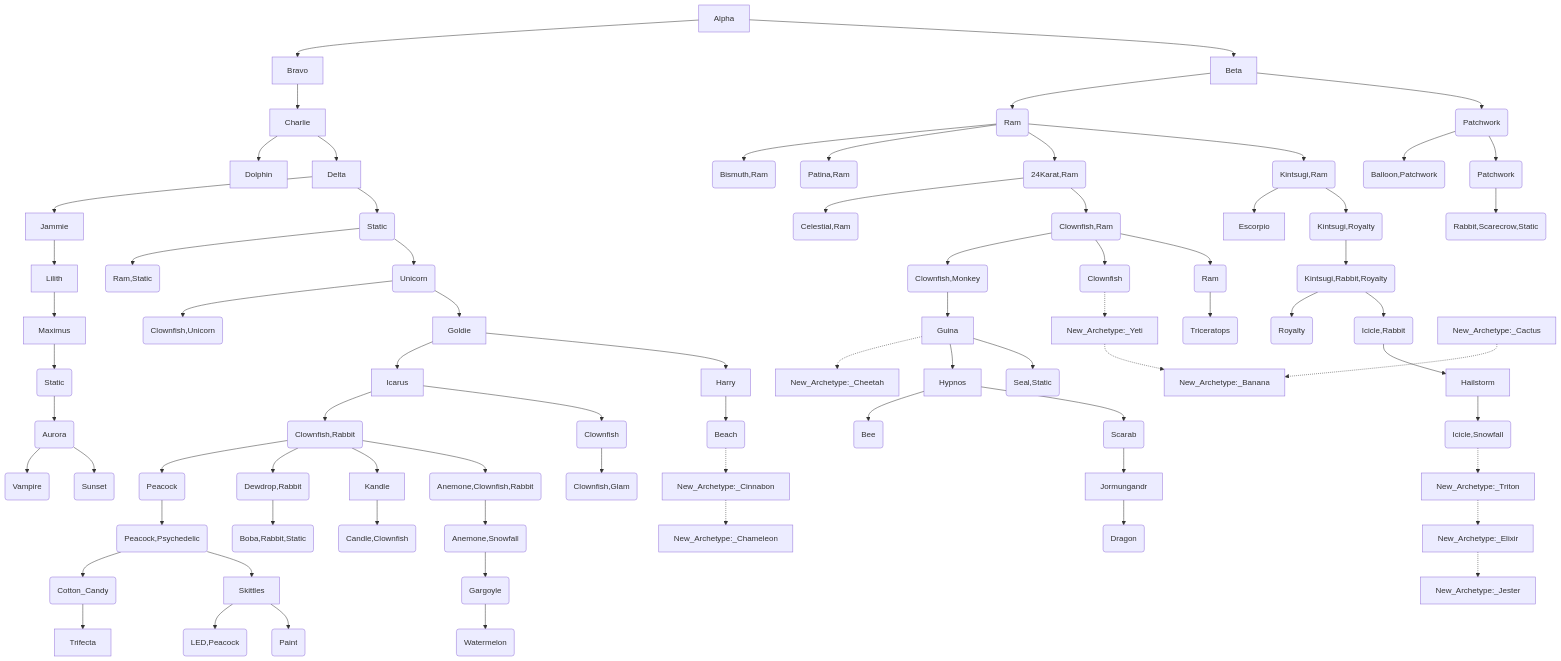
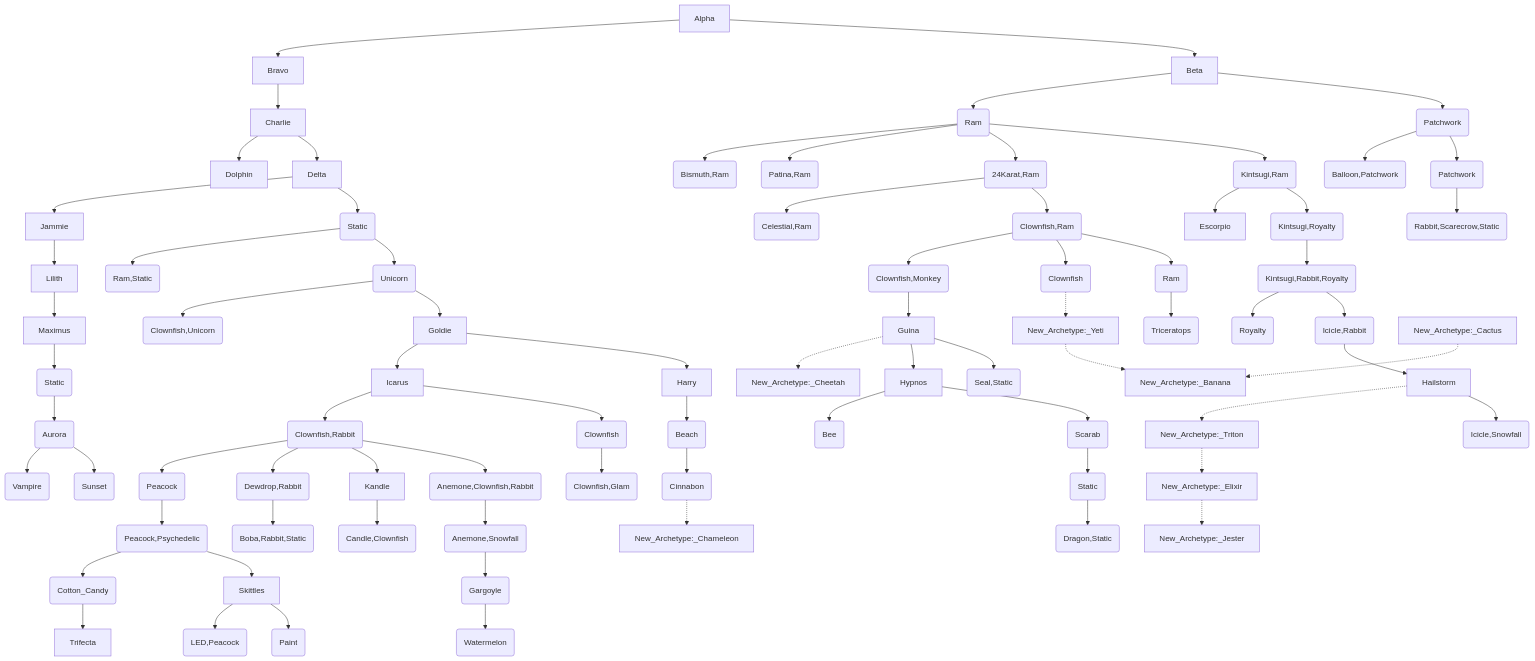
The diagram in Peridot-ArchetypeTreeMST.md (g1ddy/PeridotArchetypeFinder), drawn with Mermaid before and after one commit. The commit also changed 5 other files, not shown here.

Commit message:
add cinnabon AT, fix dragon static

````diff
--- a/Peridot-ArchetypeTreeMST.md
+++ b/Peridot-ArchetypeTreeMST.md
@@ -3,80 +3,80 @@
 ```mermaid
 flowchart
 
 Alpha --> Beta
 Alpha --> Bravo
 Beta --> Canary(Patchwork)
 Beta --> Chevron(Ram)
 Bravo --> Charlie
 Canary(Patchwork) --> Dill-Hulk(Patchwork)
 Canary(Patchwork) --> Draco(Balloon,Patchwork)
 Charlie --> Delta
 Charlie --> Dolphin
 Chevron(Ram) --> Damascus(Kintsugi,Ram)
 Chevron(Ram) --> Dorado(24Karat,Ram)
 Chevron(Ram) --> Duranium(Patina,Ram)
 Chevron(Ram) --> Echelon(Bismuth,Ram)
 Damascus(Kintsugi,Ram) --> Enrichment(Kintsugi,Royalty)
 Damascus(Kintsugi,Ram) --> Escorpio
 Delta --> Echo(Static)
 Delta --> Jammie
 Dill-Hulk(Patchwork) --> Escrow(Rabbit,Scarecrow,Static)
 Dorado(24Karat,Ram) --> Entropy(Clownfish,Ram)
 Dorado(24Karat,Ram) --> Ether(Celestial,Ram)
 Echo(Static) --> Foxtrot(Unicorn)
 Echo(Static) --> Frosty(Ram,Static)
 Enrichment(Kintsugi,Royalty) --> Fable(Kintsugi,Rabbit,Royalty)
 Entropy(Clownfish,Ram) --> Farceratops(Ram)
 Entropy(Clownfish,Ram) --> Fishline(Clownfish)
 Entropy(Clownfish,Ram) --> Floofish(Clownfish,Monkey)
 Fable(Kintsugi,Rabbit,Royalty) --> Glacier(Icicle,Rabbit)
 Fable(Kintsugi,Rabbit,Royalty) --> Goldilocks(Royalty)
 Farceratops(Ram) --> Grazerface(Triceratops)
 Fishline(Clownfish) -.-> New_Archetype:_Yeti
 Floofish(Clownfish,Monkey) --> Guina
 Foxtrot(Unicorn) --> Goldie
 Foxtrot(Unicorn) --> Goral(Clownfish,Unicorn)
 Glacier(Icicle,Rabbit) --> Hailstorm
 Goldie --> Harry
 Goldie --> Icarus
 Guina --> Hammerhead(Seal,Static)
 Guina --> Hypnos
 Guina -.-> New_Archetype:_Cheetah
 Hailstorm --> Iceberg(Icicle,Snowfall)
-Iceberg -.-> New_Archetype:_Triton
+Hailstorm -.-> New_Archetype:_Triton
 Harry --> Isla(Beach)
 Hypnos --> Imhotep(Scarab)
 Hypnos --> Instar(Bee)
 Icarus --> Jax(Clownfish)
 Icarus --> Jewelfish(Clownfish,Rabbit)
-Imhotep(Scarab) --> Jormungandr
-Isla(Beach) -.-> New_Archetype:_Cinnabon
+Imhotep(Scarab) --> Jormungandr(Static)
+Isla(Beach) --> Jubilee(Cinnabon)
 Jammie --> Lilith
 Jax(Clownfish) --> Kalypso(Clownfish,Glam)
 Jewelfish(Clownfish,Rabbit) --> Kaleidoscope(Anemone,Clownfish,Rabbit)
 Jewelfish(Clownfish,Rabbit) --> Kandle
 Jewelfish(Clownfish,Rabbit) --> Krypto(Dewdrop,Rabbit)
 Jewelfish(Clownfish,Rabbit) --> Queezy(Peacock)
-Jormungandr --> Kira(Dragon)
+Jormungandr(Static) --> Kira(Dragon,Static)
+Jubilee(Cinnabon) -.-> New_Archetype:_Chameleon
 Kaleidoscope(Anemone,Clownfish,Rabbit) --> Mastodon(Anemone,Snowfall)
 Kandle --> Lampent(Candle,Clownfish)
 Krypto(Dewdrop,Rabbit) --> Lychee(Boba,Rabbit,Static)
 Lilith --> Maximus
 Mastodon(Anemone,Snowfall) --> Night_Snow(Gargoyle)
 Maximus --> Noise(Static)
 New_Archetype:_Cactus -.-> New_Archetype:_Banana
 New_Archetype:_Elixir -.-> New_Archetype:_Jester
 New_Archetype:_Triton -.-> New_Archetype:_Elixir
-New_Archetype:_Cinnabon -.-> New_Archetype:_Chameleon
 New_Archetype:_Yeti -.-> New_Archetype:_Banana
 Night_Snow(Gargoyle) --> Om-Nominous(Watermelon)
 Noise(Static) --> Orion(Aurora)
 Orion(Aurora) --> Phenotype(Sunset)
 Orion(Aurora) --> Predator(Vampire)
 Queezy(Peacock) --> Rockstar(Peacock,Psychedelic)
 Rockstar(Peacock,Psychedelic) --> Skittles
 Rockstar(Peacock,Psychedelic) --> Slushy(Cotton_Candy)
 Skittles --> Trailmix(Paint)
 Skittles --> Turducken(LED,Peacock)
 Slushy(Cotton_Candy) --> Trifecta
 ```
````
